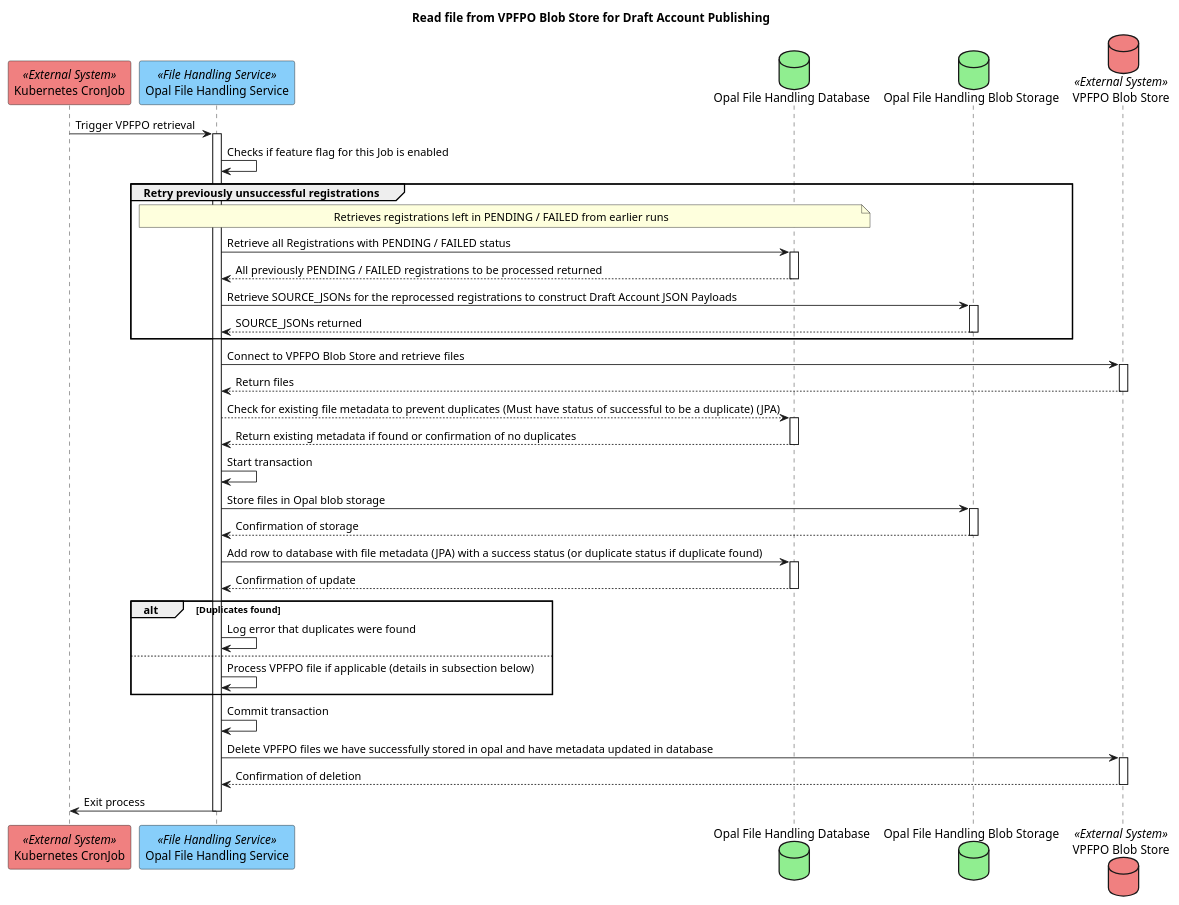
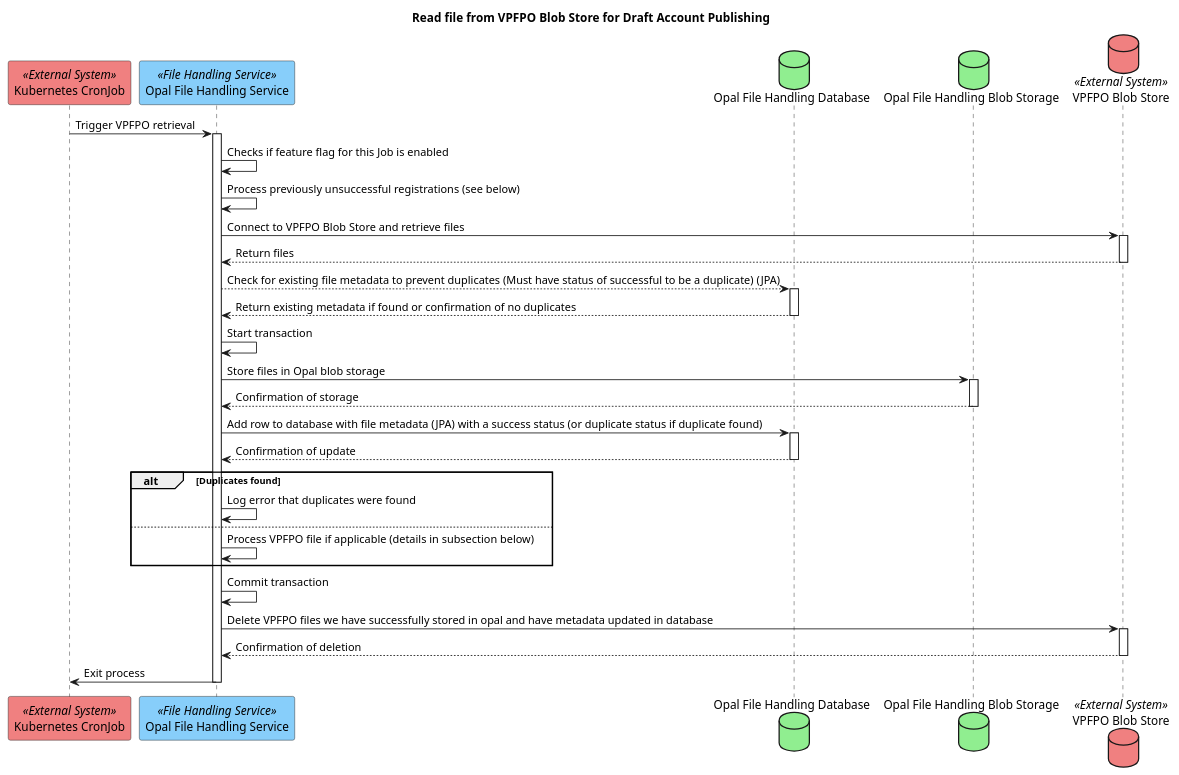
The diagram in plantUML/external-interfaces/file-handling-from-vpfpo.puml (hmcts/opal-docs), drawn with PlantUML before and after one commit. The commit also changed 1 other file, not shown here.

Commit message:
Extracting reprocessing to its own E2E diagram

```diff
--- a/plantUML/external-interfaces/file-handling-from-vpfpo.puml
+++ b/plantUML/external-interfaces/file-handling-from-vpfpo.puml
@@ -1,40 +1,31 @@
 @startuml
 title Read file from VPFPO Blob Store for Draft Account Publishing
 participant "Kubernetes CronJob" as cronjob <<External System>> #LightCoral
 participant "Opal File Handling Service" as fileHandlingService <<File Handling Service>> #LightSkyBlue
 database "Opal File Handling Database" as fileHandlingDb #LightGreen
 database "Opal File Handling Blob Storage" as fileHandlingBlobStorage #LightGreen
 database "VPFPO Blob Store" as vpfpoBlobStore <<External System>> #LightCoral
 
 cronjob -> fileHandlingService ++ : Trigger VPFPO retrieval
 fileHandlingService -> fileHandlingService : Checks if feature flag for this Job is enabled
-group Retry previously unsuccessful registrations
-    note over fileHandlingService, fileHandlingDb
-      Retrieves registrations left in PENDING / FAILED from earlier runs
-    end note
-
-    fileHandlingService -> fileHandlingDb ++ : Retrieve all Registrations with PENDING / FAILED status
-    fileHandlingDb --> fileHandlingService -- : All previously PENDING / FAILED registrations to be processed returned
-    fileHandlingService -> fileHandlingBlobStorage ++ : Retrieve SOURCE_JSONs for the reprocessed registrations to construct Draft Account JSON Payloads
-    fileHandlingBlobStorage --> fileHandlingService -- : SOURCE_JSONs returned
-end
+fileHandlingService -> fileHandlingService : Process previously unsuccessful registrations (see below)
 fileHandlingService -> vpfpoBlobStore ++ : Connect to VPFPO Blob Store and retrieve files
 vpfpoBlobStore --> fileHandlingService -- : Return files
 fileHandlingService --> fileHandlingDb ++ : Check for existing file metadata to prevent duplicates (Must have status of successful to be a duplicate) (JPA)
 fileHandlingDb --> fileHandlingService -- : Return existing metadata if found or confirmation of no duplicates
 fileHandlingService -> fileHandlingService : Start transaction
 fileHandlingService -> fileHandlingBlobStorage ++ : Store files in Opal blob storage
 fileHandlingBlobStorage --> fileHandlingService -- : Confirmation of storage
 fileHandlingService -> fileHandlingDb ++ : Add row to database with file metadata (JPA) with a success status (or duplicate status if duplicate found)
 fileHandlingDb --> fileHandlingService -- : Confirmation of update
 alt Duplicates found
     fileHandlingService -> fileHandlingService : Log error that duplicates were found
 else
     fileHandlingService -> fileHandlingService: Process VPFPO file if applicable (details in subsection below)
 end
 
 fileHandlingService -> fileHandlingService : Commit transaction
 fileHandlingService -> vpfpoBlobStore ++ : Delete VPFPO files we have successfully stored in opal and have metadata updated in database
 vpfpoBlobStore --> fileHandlingService -- : Confirmation of deletion
 fileHandlingService -> cronjob -- : Exit process
 @enduml
```
